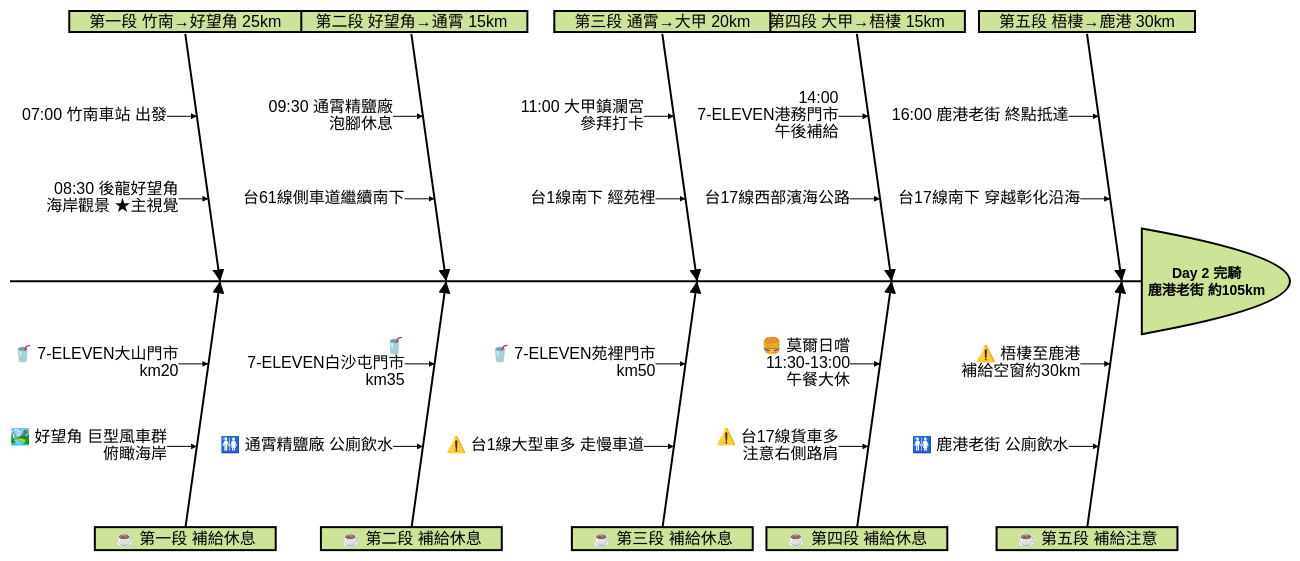
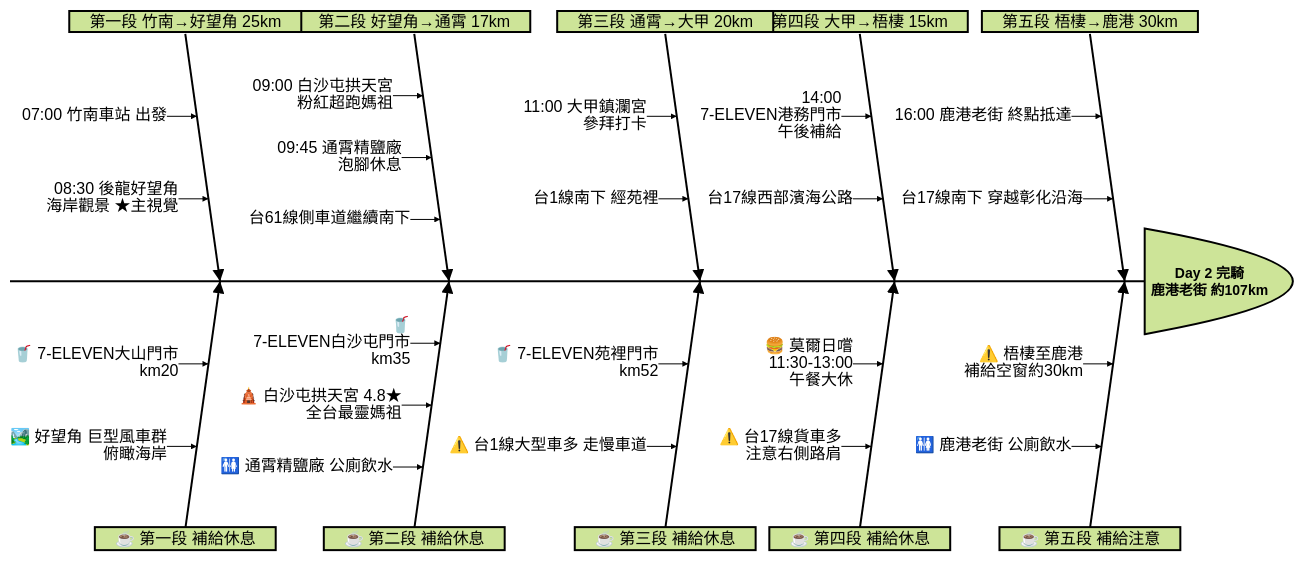
One commit to chinqan/CyclingTW changed the diagram in day2/day2.md. Above: the diagram before and after it, drawn with Mermaid (forest theme). The commit also changed other lines of this file and 59 other files, not shown here.

````diff
--- a/day2/day2.md
+++ b/day2/day2.md
@@ -31,34 +31,36 @@
 ```mermaid
 ishikawa-beta
-    Day 2 完騎 鹿港老街 約105km
+    Day 2 完騎 鹿港老街 約107km
     第五段 梧棲→鹿港 30km
         16:00 鹿港老街 終點抵達
         台17線南下 穿越彰化沿海
     ☕️ 第五段 補給注意
         ⚠️ 梧棲至鹿港 補給空窗約30km
         🚻 鹿港老街 公廁飲水
     第四段 大甲→梧棲 15km
         14:00 7-ELEVEN港務門市 午後補給
         台17線西部濱海公路
     ☕️ 第四段 補給休息
         🍔 莫爾日嚐 11:30-13:00 午餐大休
         ⚠️ 台17線貨車多 注意右側路肩
     第三段 通霄→大甲 20km
         11:00 大甲鎮瀾宮 參拜打卡
         台1線南下 經苑裡
     ☕️ 第三段 補給休息
-        🥤 7-ELEVEN苑裡門市 km50
+        🥤 7-ELEVEN苑裡門市 km52
         ⚠️ 台1線大型車多 走慢車道
-    第二段 好望角→通霄 15km
-        09:30 通霄精鹽廠 泡腳休息
+    第二段 好望角→通霄 17km
+        09:00 白沙屯拱天宮 粉紅超跑媽祖
+        09:45 通霄精鹽廠 泡腳休息
         台61線側車道繼續南下
     ☕️ 第二段 補給休息
         🥤 7-ELEVEN白沙屯門市 km35
+        🛕 白沙屯拱天宮 4.8★ 全台最靈媽祖
         🚻 通霄精鹽廠 公廁飲水
     第一段 竹南→好望角 25km
         07:00 竹南車站 出發
         08:30 後龍好望角 海岸觀景 ★主視覺
     ☕️ 第一段 補給休息
         🥤 7-ELEVEN大山門市 km20
         🏞️ 好望角 巨型風車群 俯瞰海岸
 ```
````
